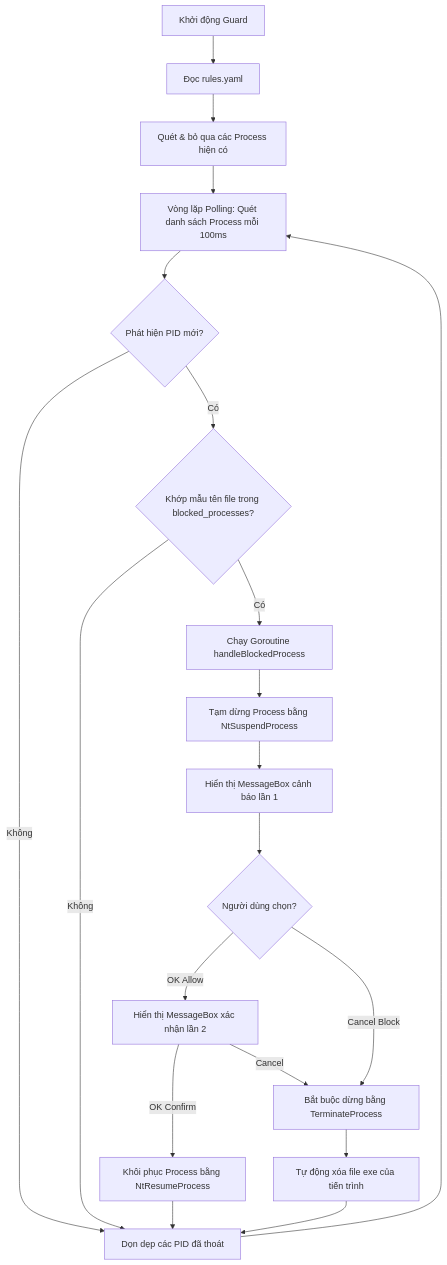
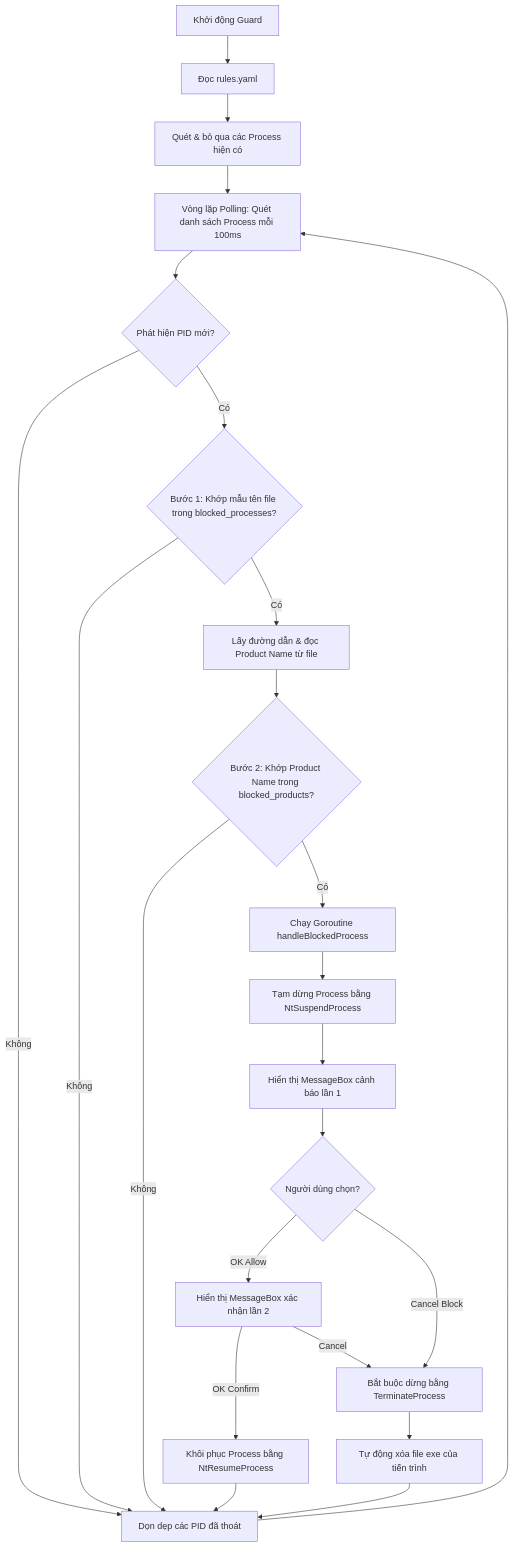
The diagram in readme.md (daongochuy2516/antiantivirus), drawn with Mermaid before and after one commit. The commit also changed other lines of this file and 2 other files, not shown here.

Commit message:
upd detection method

````diff
--- a/readme.md
+++ b/readme.md
@@ -13,22 +13,25 @@
 ```mermaid
 graph TD
     A[Khởi động Guard] --> B[Đọc rules.yaml]
     B --> C[Quét & bỏ qua các Process hiện có]
     C --> D[Vòng lặp Polling: Quét danh sách Process mỗi 100ms]
     D --> E{Phát hiện PID mới?}
     E -- Không --> F[Dọn dẹp các PID đã thoát]
     F --> D
-    E -- Có --> G{Khớp mẫu tên file trong blocked_processes?}
+    E -- Có --> G{Bước 1: Khớp mẫu tên file trong blocked_processes?}
     G -- Không --> F
-    G -- Có --> H[Chạy Goroutine handleBlockedProcess]
-    H --> I[Tạm dừng Process bằng NtSuspendProcess]
-    I --> J[Hiển thị MessageBox cảnh báo lần 1]
-    J --> K{Người dùng chọn?}
-    K -- OK Allow --> L[Hiển thị MessageBox xác nhận lần 2]
-    L -- OK Confirm --> M[Khôi phục Process bằng NtResumeProcess]
-    L -- Cancel --> N[Bắt buộc dừng bằng TerminateProcess]
-    K -- Cancel Block --> N
-    N --> O[Tự động xóa file exe của tiến trình]
-    M --> F
+    G -- Có --> H[Lấy đường dẫn & đọc Product Name từ file]
+    H --> I{Bước 2: Khớp Product Name trong blocked_products?}
+    I -- Không --> F
+    I -- Có --> J[Chạy Goroutine handleBlockedProcess]
+    J --> K[Tạm dừng Process bằng NtSuspendProcess]
+    K --> L[Hiển thị MessageBox cảnh báo lần 1]
+    L --> M{Người dùng chọn?}
+    M -- OK Allow --> N[Hiển thị MessageBox xác nhận lần 2]
+    N -- OK Confirm --> O[Khôi phục Process bằng NtResumeProcess]
+    N -- Cancel --> P[Bắt buộc dừng bằng TerminateProcess]
+    M -- Cancel Block --> P
+    P --> Q[Tự động xóa file exe của tiến trình]
     O --> F
+    Q --> F
 ```
````
